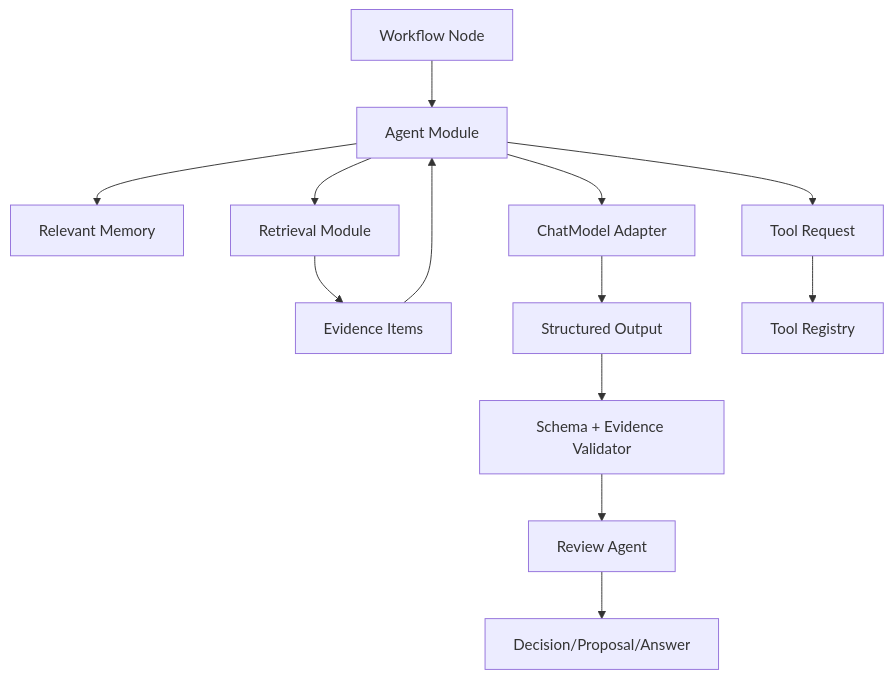
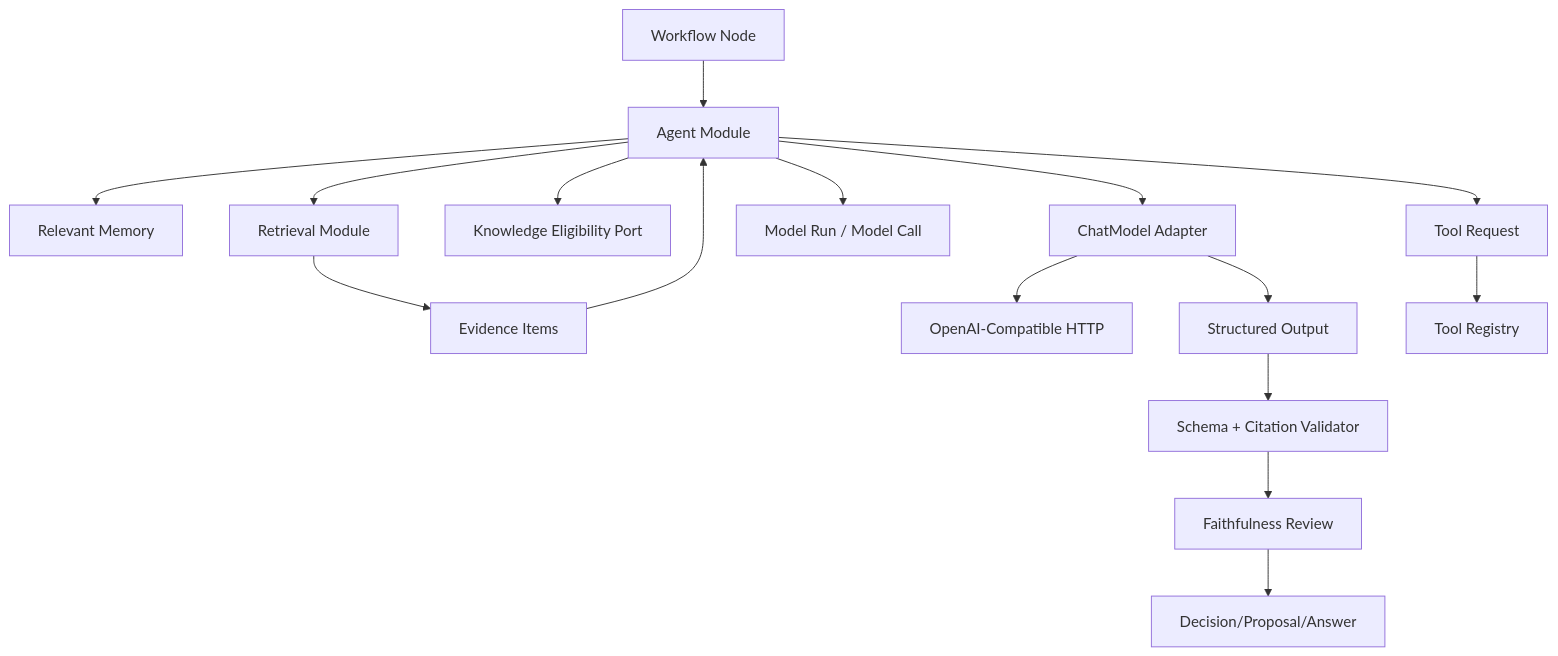
Before and after one commit to CodeZen-Lizhi/zhixu: the first of 3 diagrams in docs/architecture/agent-rag-architecture.md, drawn with Mermaid. The commit also changed other lines of this file and 103 other files, not shown here.

````diff
--- a/docs/architecture/agent-rag-architecture.md
+++ b/docs/architecture/agent-rag-architecture.md
@@ -9,15 +9,18 @@
 ```mermaid
 flowchart TB
     Workflow["Workflow Node"] --> Agent["Agent Module"]
     Agent --> Memory["Relevant Memory"]
     Agent --> Retrieval["Retrieval Module"]
     Retrieval --> Evidence["Evidence Items"]
     Evidence --> Agent
+    Agent --> Eligibility["Knowledge Eligibility Port"]
     Agent --> Model["ChatModel Adapter"]
+    Model --> Provider["OpenAI-Compatible HTTP"]
     Model --> Structured["Structured Output"]
-    Structured --> Validator["Schema + Evidence Validator"]
-    Validator --> Review["Review Agent"]
+    Structured --> Validator["Schema + Citation Validator"]
+    Validator --> Review["Faithfulness Review"]
     Review --> Result["Decision/Proposal/Answer"]
+    Agent --> ModelRun["Model Run / Model Call"]
     Agent --> Tools["Tool Request"]
     Tools --> Registry["Tool Registry"]
 ```
````
